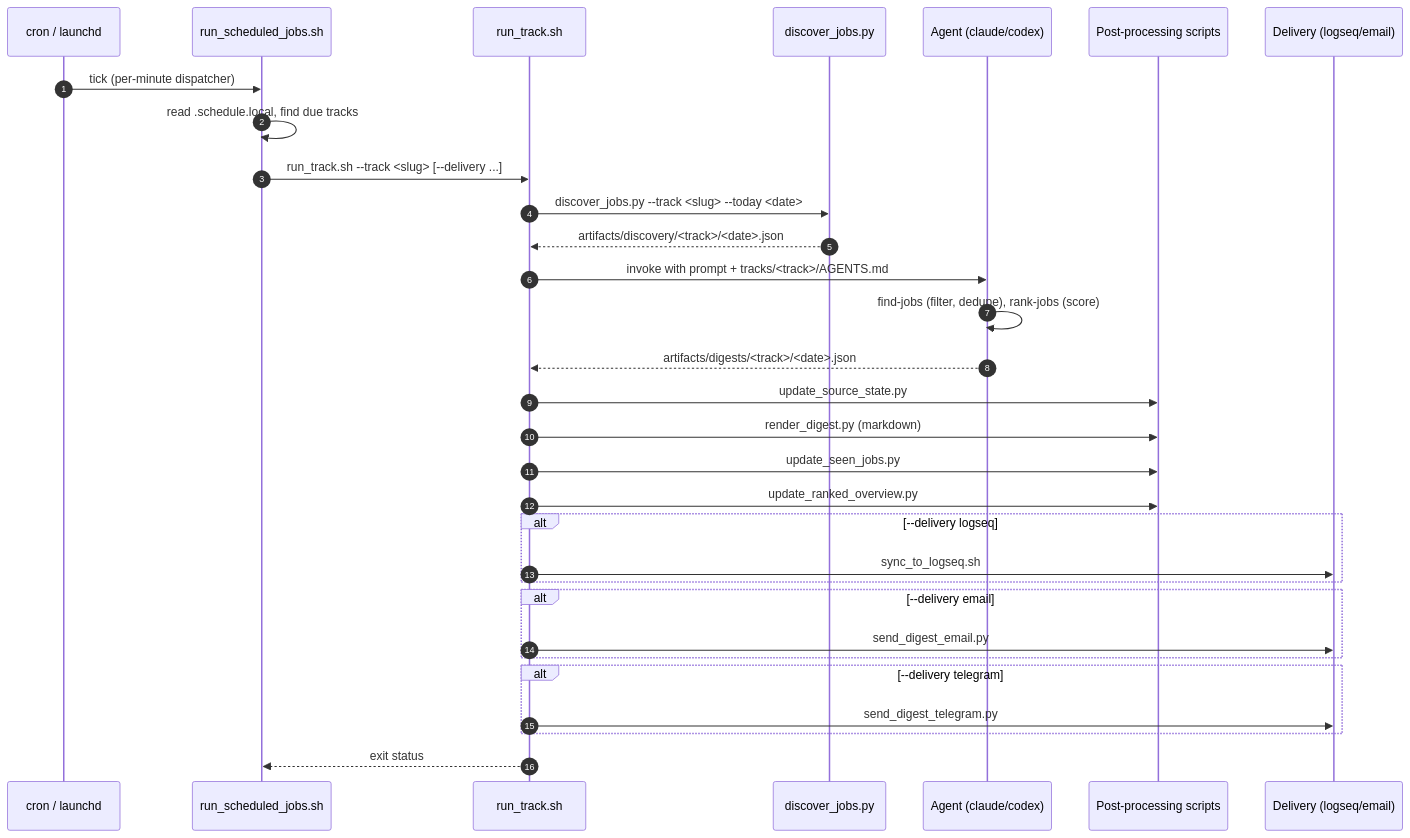
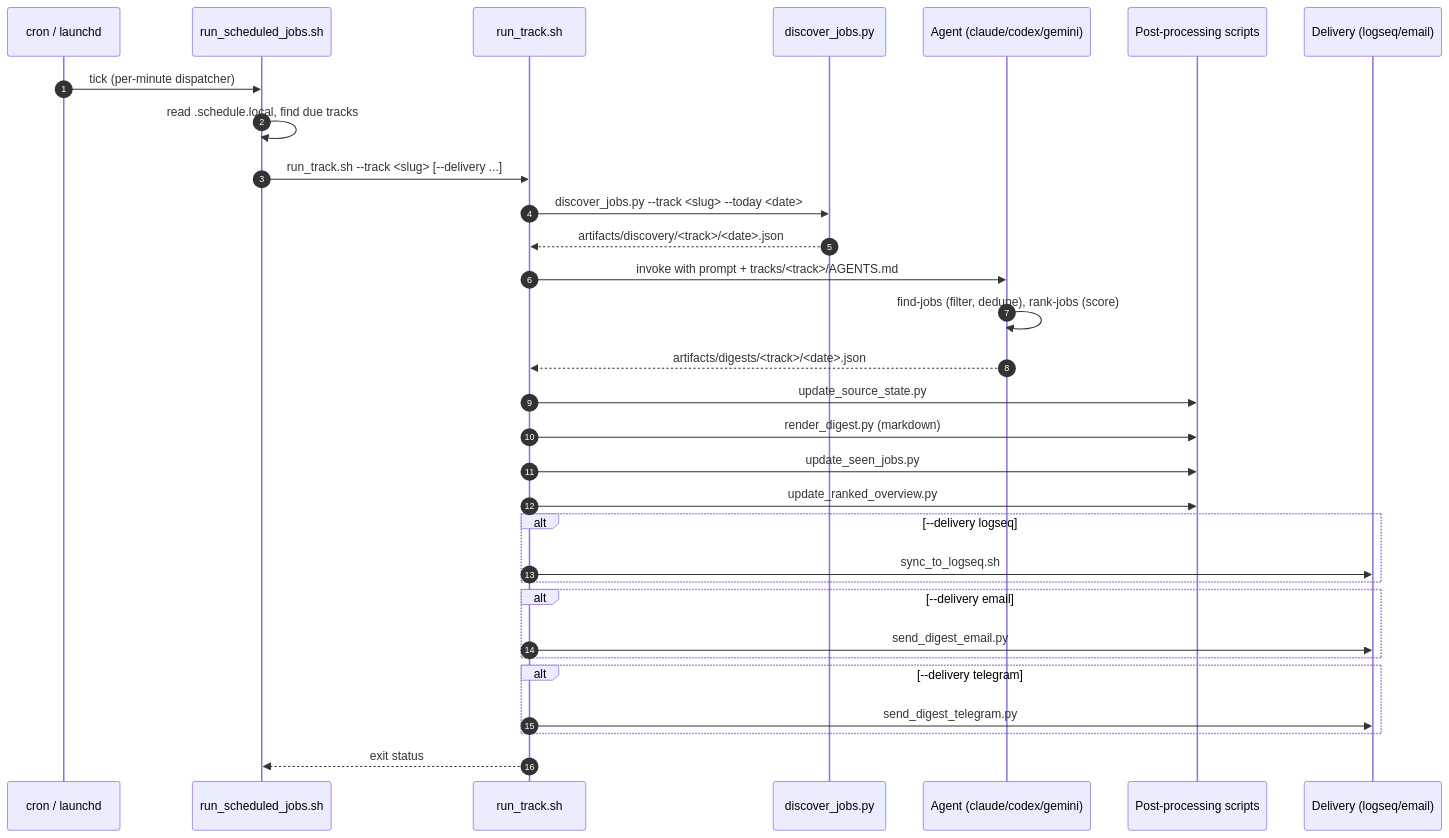
The second of 3 diagrams in docs/architecture.md (jvdheyden/jobwatch), drawn with Mermaid before and after one commit. The commit also changed other lines of this file and 15 other files, not shown here.

````diff
--- a/docs/architecture.md
+++ b/docs/architecture.md
@@ -131,34 +131,34 @@
 ```mermaid
 sequenceDiagram
   autonumber
   participant Cron as cron / launchd
   participant Sched as run_scheduled_jobs.sh
   participant Track as run_track.sh
   participant Disc as discover_jobs.py
-  participant Agent as Agent (claude/codex)
+  participant Agent as Agent (claude/codex/gemini)
   participant Post as Post-processing scripts
   participant Deliv as Delivery (logseq/email)
 
   Cron->>Sched: tick (per-minute dispatcher)
   Sched->>Sched: read .schedule.local, find due tracks
   Sched->>Track: run_track.sh --track <slug> [--delivery ...]
   Track->>Disc: discover_jobs.py --track <slug> --today <date>
   Disc-->>Track: artifacts/discovery/<track>/<date>.json
   Track->>Agent: invoke with prompt + tracks/<track>/AGENTS.md
   Agent->>Agent: find-jobs (filter, dedupe), rank-jobs (score)
   Agent-->>Track: artifacts/digests/<track>/<date>.json
   Track->>Post: update_source_state.py
   Track->>Post: render_digest.py (markdown)
   Track->>Post: update_seen_jobs.py
   Track->>Post: update_ranked_overview.py
   alt --delivery logseq
     Track->>Deliv: sync_to_logseq.sh
   end
   alt --delivery email
     Track->>Deliv: send_digest_email.py
   end
   alt --delivery telegram
     Track->>Deliv: send_digest_telegram.py
   end
   Track-->>Sched: exit status
 ```
````
